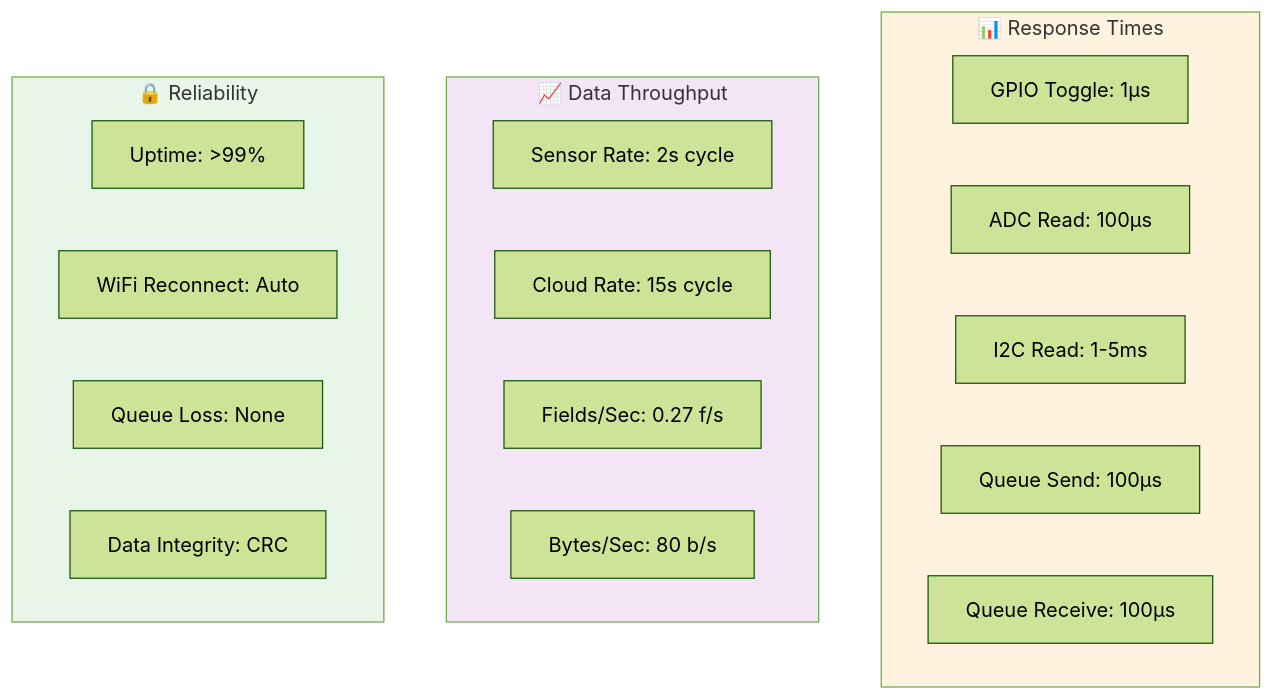
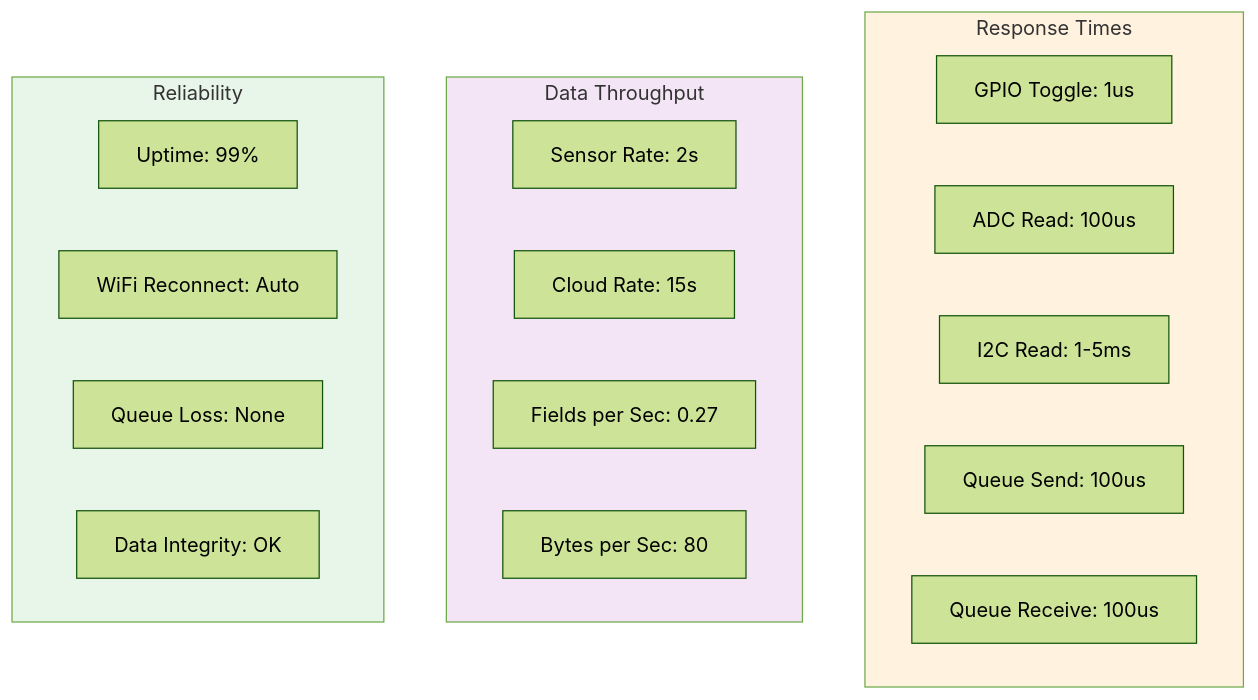
One commit to ficrammanifur/ESP32-RTOS-Environmental-Monitor changed diagram 24 of 25 in README.md. Above: the diagram before and after it, drawn with Mermaid (forest theme). The commit also changed other lines of this file, not shown here.

````diff
--- a/README.md
+++ b/README.md
@@ -1173,28 +1208,28 @@
 ```mermaid
 graph TB
-    subgraph Response["📊 Response Times"]
-        R1["GPIO Toggle: 1μs"]
-        R2["ADC Read: 100μs"]
+    subgraph Response["Response Times"]
+        R1["GPIO Toggle: 1us"]
+        R2["ADC Read: 100us"]
         R3["I2C Read: 1-5ms"]
-        R4["Queue Send: 100μs"]
-        R5["Queue Receive: 100μs"]
+        R4["Queue Send: 100us"]
+        R5["Queue Receive: 100us"]
     end
     
-    subgraph Throughput["📈 Data Throughput"]
-        T1["Sensor Rate: 2s cycle"]
-        T2["Cloud Rate: 15s cycle"]
-        T3["Fields/Sec: 0.27 f/s"]
-        T4["Bytes/Sec: 80 b/s"]
+    subgraph Throughput["Data Throughput"]
+        T1["Sensor Rate: 2s"]
+        T2["Cloud Rate: 15s"]
+        T3["Fields per Sec: 0.27"]
+        T4["Bytes per Sec: 80"]
     end
     
-    subgraph Reliability["🔒 Reliability"]
-        RE1["Uptime: >99%"]
+    subgraph Reliability["Reliability"]
+        RE1["Uptime: 99%"]
         RE2["WiFi Reconnect: Auto"]
         RE3["Queue Loss: None"]
-        RE4["Data Integrity: CRC"]
+        RE4["Data Integrity: OK"]
     end
     
     style Response fill:#fff3e0
     style Throughput fill:#f3e5f5
     style Reliability fill:#e8f5e9
 ```
````
